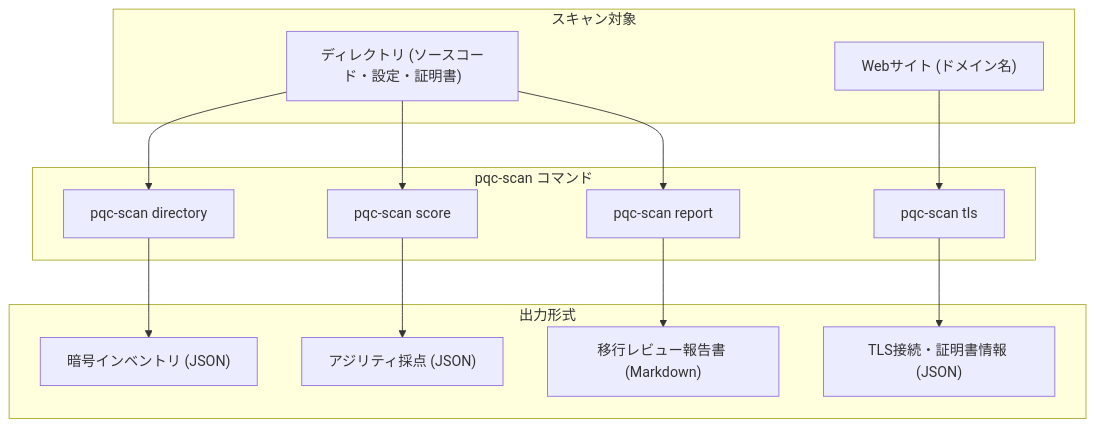
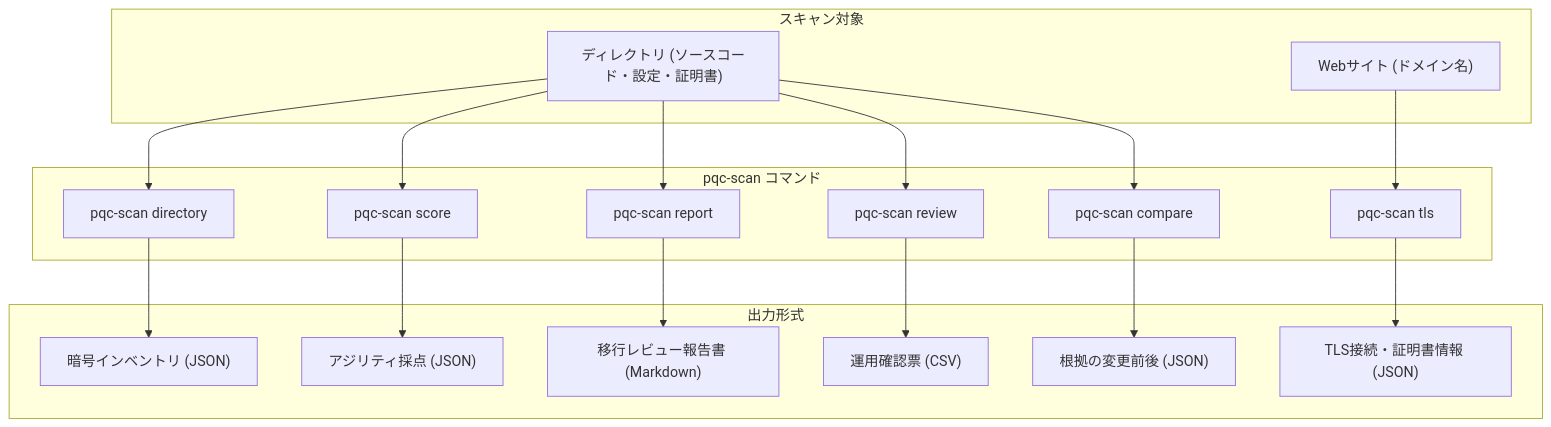
The diagram in README.md (moruku36/pqc-crypto-inventory-lab), drawn with Mermaid before and after one commit. The commit also changed other lines of this file and 25 other files, not shown here.

````diff
--- a/README.md
+++ b/README.md
@@ -52,26 +55,32 @@
 ```mermaid
 flowchart TD
     subgraph Input["スキャン対象"]
         Dir["ディレクトリ (ソースコード・設定・証明書)"]
         Web["Webサイト (ドメイン名)"]
     end
 
     subgraph Commands["pqc-scan コマンド"]
         cmdDir["pqc-scan directory"]
         cmdScore["pqc-scan score"]
         cmdReport["pqc-scan report"]
+        cmdReview["pqc-scan review"]
+        cmdCompare["pqc-scan compare"]
         cmdTLS["pqc-scan tls"]
     end
 
     subgraph Output["出力形式"]
         JsonInv["暗号インベントリ (JSON)"]
         JsonScore["アジリティ採点 (JSON)"]
         MdReport["移行レビュー報告書 (Markdown)"]
+        CsvReview["運用確認票 (CSV)"]
+        JsonCompare["根拠の変更前後 (JSON)"]
         JsonTLS["TLS接続・証明書情報 (JSON)"]
     end
 
     Dir --> cmdDir --> JsonInv
     Dir --> cmdScore --> JsonScore
     Dir --> cmdReport --> MdReport
+    Dir --> cmdReview --> CsvReview
+    Dir --> cmdCompare --> JsonCompare
     Web --> cmdTLS --> JsonTLS
 ```
````
